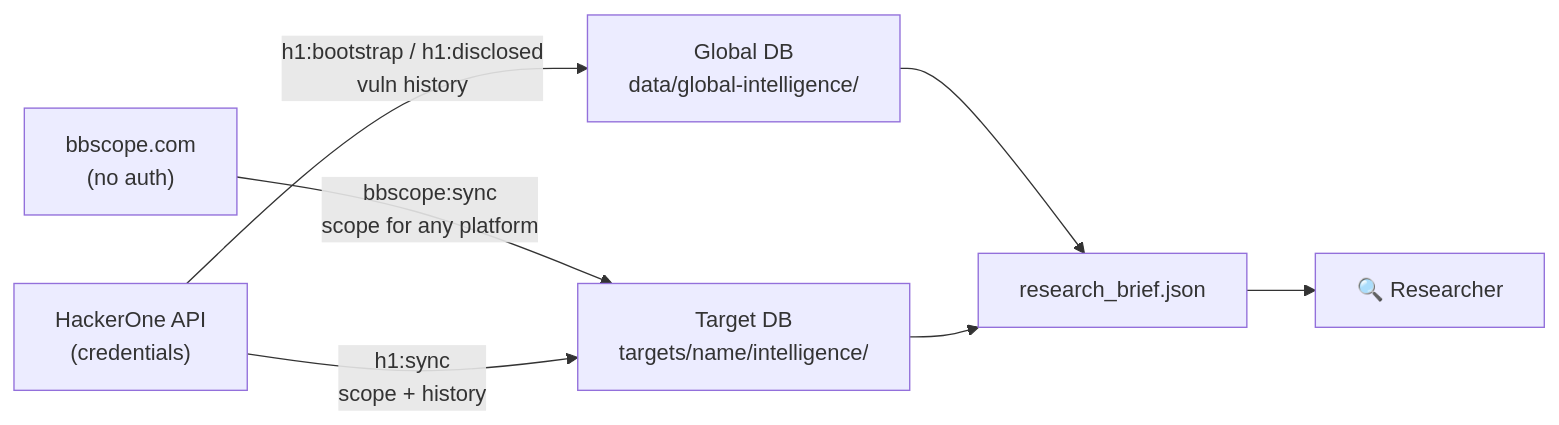
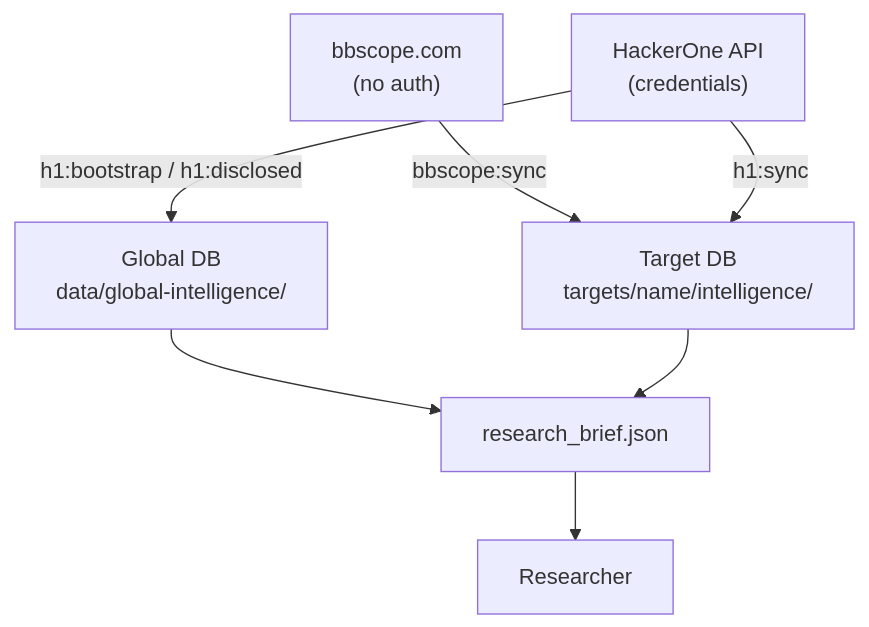
One commit to xlocux/Agentic-BugBounty changed the second of 3 diagrams in docs/GUIDE.md. Above: the diagram before and after it, drawn with Mermaid. The commit also changed other lines of this file and 12 other files, not shown here.

````diff
--- a/docs/GUIDE.md
+++ b/docs/GUIDE.md
@@ -473,16 +449,16 @@
 ```mermaid
-flowchart LR
+flowchart TD
     BBSCOPE["bbscope.com\n(no auth)"]
     H1API["HackerOne API\n(credentials)"]
     GDB["Global DB\ndata/global-intelligence/"]
     LDB["Target DB\ntargets/name/intelligence/"]
     BRIEF["research_brief.json"]
-    R["🔍 Researcher"]
+    R["Researcher"]
 
-    BBSCOPE -- "bbscope:sync\nscope for any platform" --> LDB
-    H1API -- "h1:bootstrap / h1:disclosed\nvuln history" --> GDB
-    H1API -- "h1:sync\nscope + history" --> LDB
+    BBSCOPE -- "bbscope:sync" --> LDB
+    H1API -- "h1:bootstrap / h1:disclosed" --> GDB
+    H1API -- "h1:sync" --> LDB
     GDB --> BRIEF
     LDB --> BRIEF
     BRIEF --> R
 ```
````
